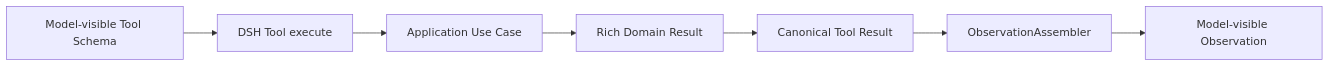
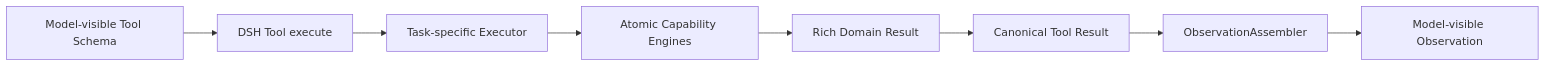
One commit to EchoUser005/dsh-fate-spectrum changed the diagram in docs/tool-layer.md. Above: the diagram before and after it, drawn with Mermaid. The commit also changed other lines of this file and 82 other files, not shown here.

````diff
--- a/docs/tool-layer.md
+++ b/docs/tool-layer.md
@@ -11,9 +13,10 @@
 ```mermaid
 flowchart LR
     Schema[Model-visible Tool Schema] --> Execute[DSH Tool execute]
-    Execute --> UseCase[Application Use Case]
-    UseCase --> Domain[Rich Domain Result]
+    Execute --> Executor[Task-specific Executor]
+    Executor --> Engines[Atomic Capability Engines]
+    Engines --> Domain[Rich Domain Result]
     Domain --> Canonical[Canonical Tool Result]
     Canonical --> Render[ObservationAssembler]
     Render --> Model[Model-visible Observation]
 ```
````
